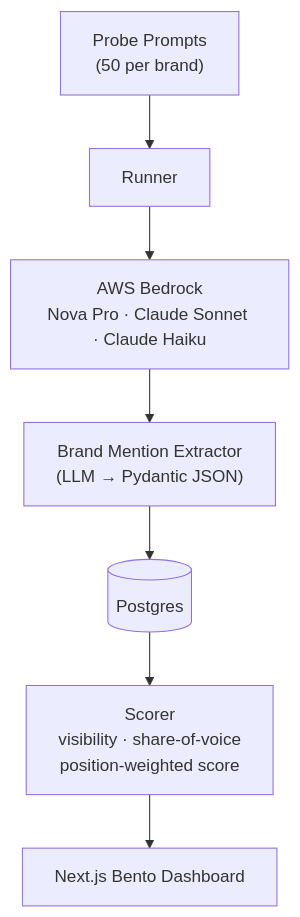
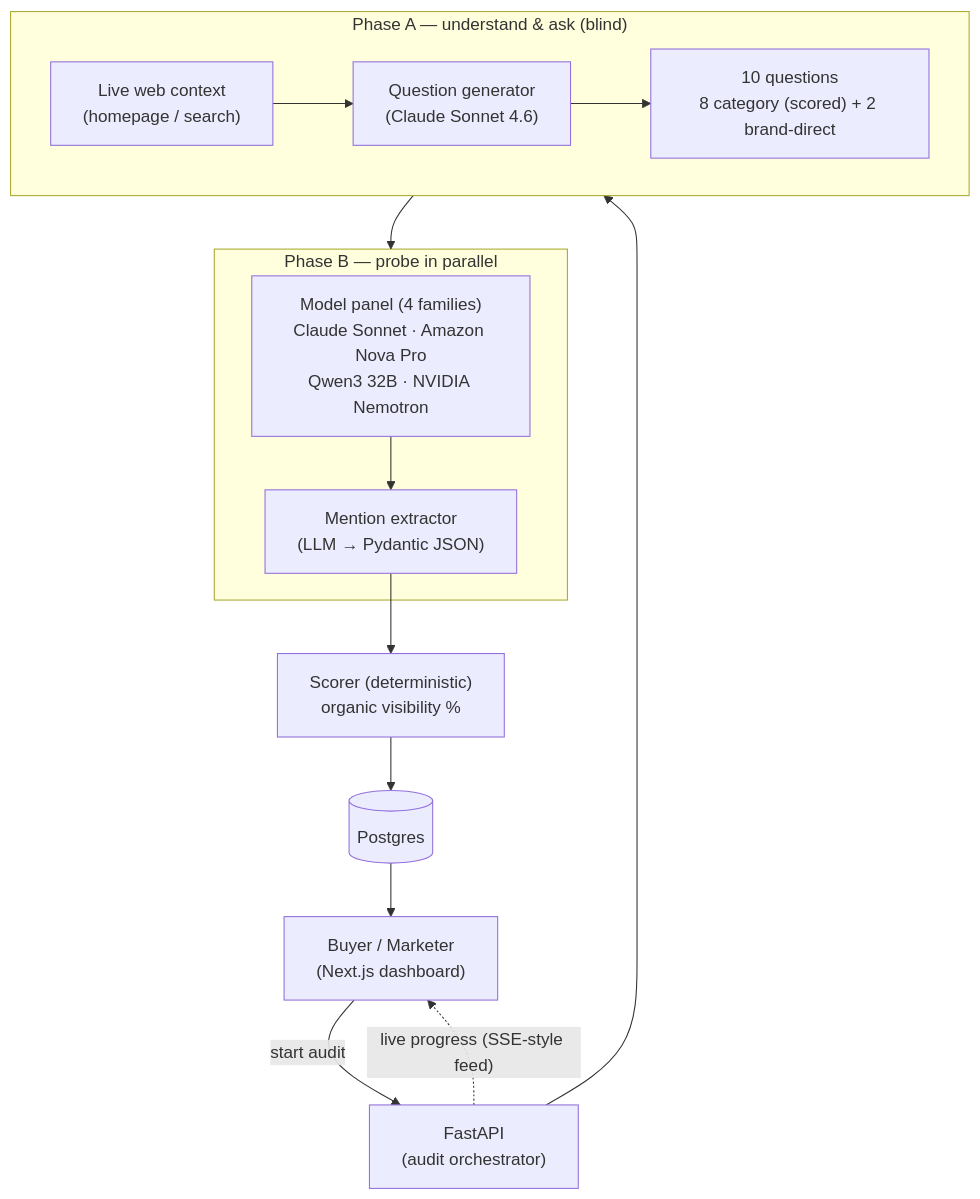
The diagram in README.md (Rahul2899/aura-ai-visibility), drawn with Mermaid before and after one commit. The commit also changed other lines of this file and 2 other files, not shown here.

Commit message:
docs: clarify Aura AI architecture and repo hygiene

````diff
--- a/README.md
+++ b/README.md
@@ -9,12 +43,21 @@
 ```mermaid
 graph TD
-    Prompts["Probe Prompts\n(50 per brand)"] --> Runner
+    User["Buyer / Marketer<br/>(Next.js dashboard)"] -->|start audit| API["FastAPI<br/>(audit orchestrator)"]
 
-    Runner --> Bedrock["AWS Bedrock\nNova Pro · Claude Sonnet · Claude Haiku"]
+    subgraph Phase_A["Phase A — understand & ask (blind)"]
+        Web["Live web context<br/>(homepage / search)"] --> Gen
+        Gen["Question generator<br/>(Claude Sonnet 4.6)"] --> Qs["10 questions<br/>8 category (scored) + 2 brand-direct"]
+    end
 
-    Bedrock --> Extractor
+    subgraph Phase_B["Phase B — probe in parallel"]
+        Panel["Model panel (4 families)<br/>Claude Sonnet · Amazon Nova Pro<br/>Qwen3 32B · NVIDIA Nemotron"]
+        Extract["Mention extractor<br/>(LLM → Pydantic JSON)"]
+        Panel --> Extract
+    end
 
-    Extractor["Brand Mention Extractor\n(LLM → Pydantic JSON)"] --> DB[(Postgres)]
-    DB --> Scorer["Scorer\nvisibility · share-of-voice\nposition-weighted score"]
-    Scorer --> Dashboard["Next.js Bento Dashboard"]
+    API --> Phase_A --> Phase_B
+    Extract --> Score["Scorer (deterministic)<br/>organic visibility %"]
+    Score --> DB[("Postgres")]
+    DB --> User
+    API -. live progress (SSE-style feed) .-> User
 ```
````
